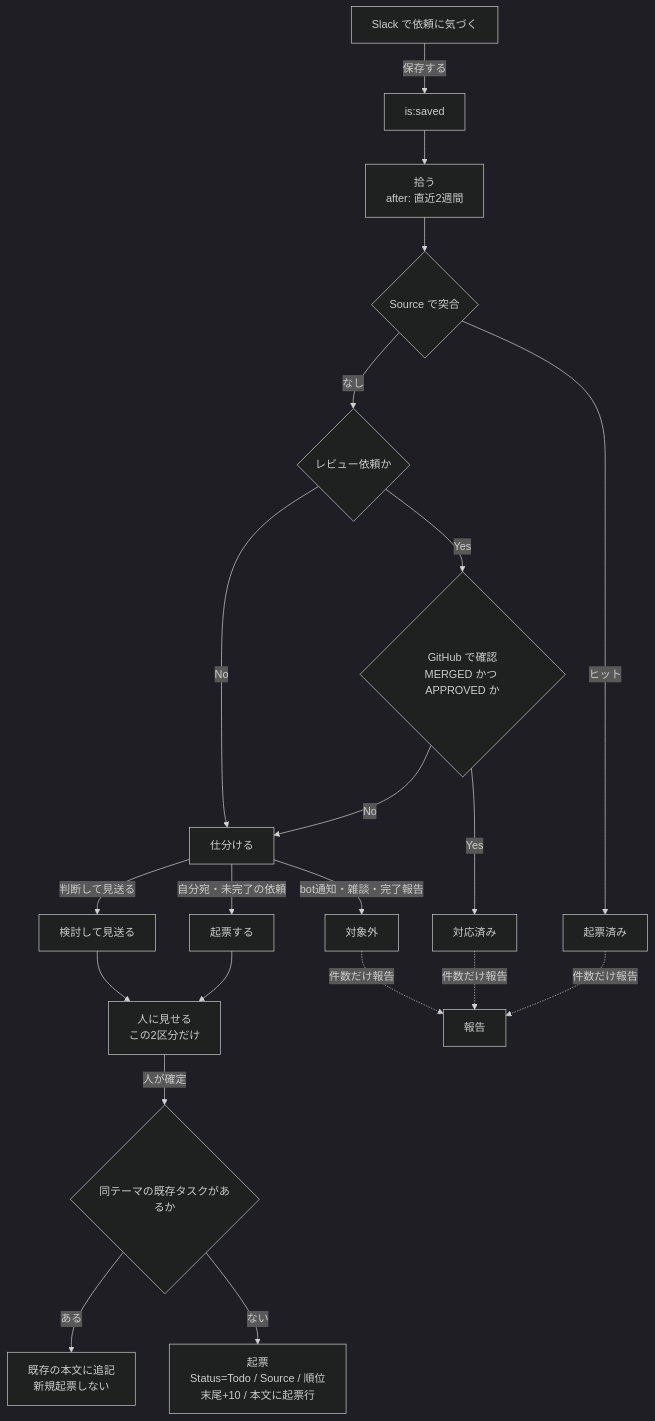
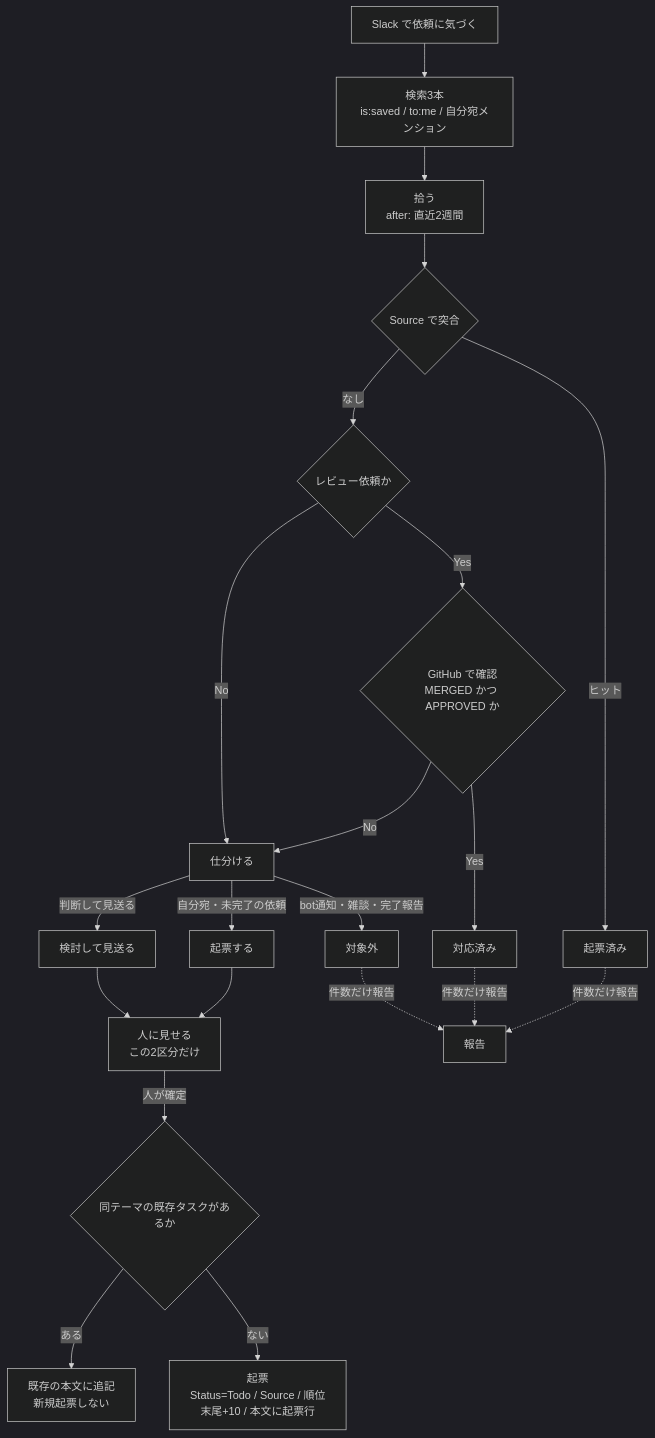
One commit to ya-mori/dotfiles changed the first of 2 diagrams in dot_ai_agent/docs/task-system/public.md. Above: the diagram before and after it, drawn with Mermaid (dark theme). The commit also changed other lines of this file, not shown here.

First line of the commit message:
feat(task-system): search channel mentions and retire the saved-items entry

````diff
--- a/dot_ai_agent/docs/task-system/public.md
+++ b/dot_ai_agent/docs/task-system/public.md
@@ -28,24 +28,24 @@
 ```mermaid
 flowchart TD
-  A[Slack で依頼に気づく] -->|保存する| B[is:saved]
+  A[Slack で依頼に気づく] --> B[検索3本<br/>is:saved / to:me / 自分宛メンション]
   B --> C[拾う<br/>after: 直近2週間]
   C --> D{Source で突合}
   D -->|ヒット| E[起票済み]
   D -->|なし| F{レビュー依頼か}
   F -->|Yes| G{GitHub で確認<br/>MERGED かつ APPROVED か}
   G -->|Yes| H[対応済み]
   G -->|No| I[仕分ける]
   F -->|No| I
   I -->|自分宛・未完了の依頼| J[起票する]
   I -->|判断して見送る| K[検討して見送る]
   I -->|bot通知・雑談・完了報告| L[対象外]
   J --> M[人に見せる<br/>この2区分だけ]
   K --> M
   M -->|人が確定| N{同テーマの既存タスクがあるか}
   N -->|ある| O[既存の本文に追記<br/>新規起票しない]
   N -->|ない| P[起票<br/>Status=Todo / Source / 順位末尾+10 / 本文に起票行]
 
   E -.件数だけ報告.-> Q[報告]
   H -.件数だけ報告.-> Q
   L -.件数だけ報告.-> Q
 ```
````
